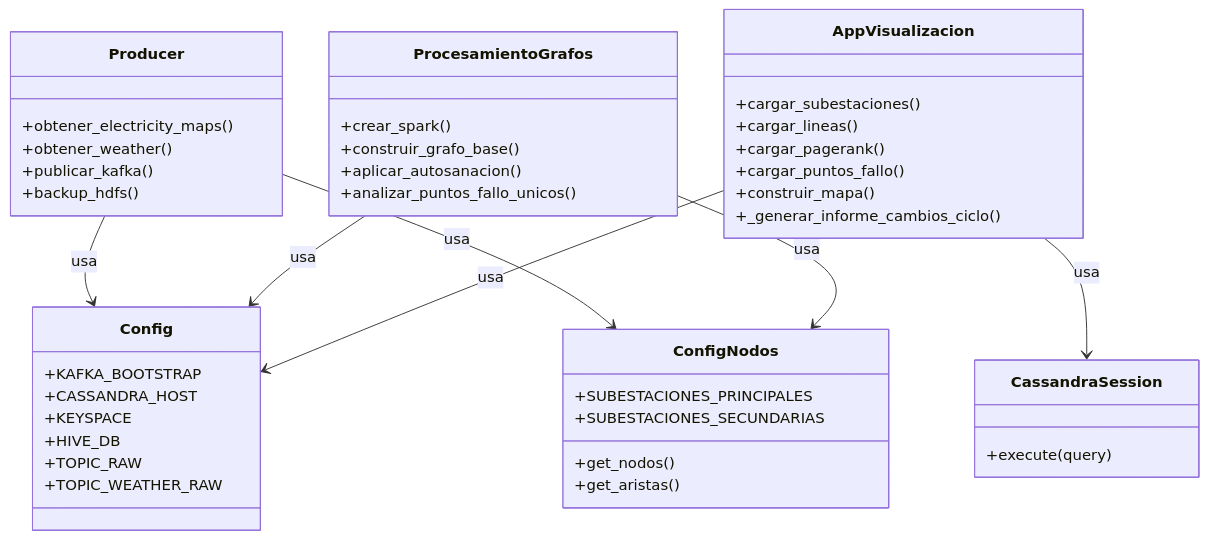
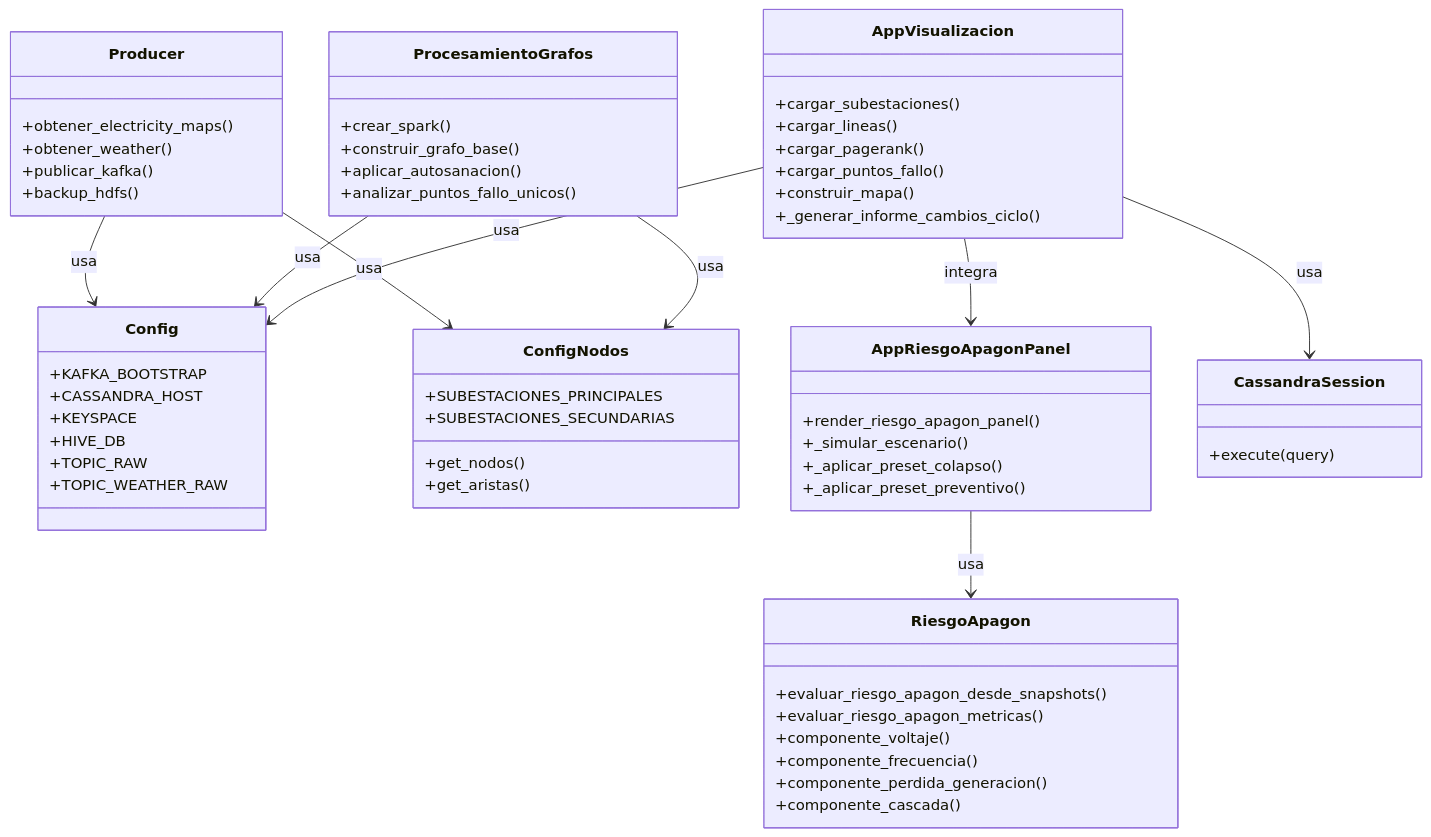
The fifth of 9 diagrams in docs/DIAGRAMAS_UML.md (gracobjo/smart_energy), drawn with Mermaid before and after one commit. The commit also changed other lines of this file, not shown here.

First line of the commit message:
docs: actualizar UML con flujo operativo de riesgo de apagón

````diff
--- a/docs/DIAGRAMAS_UML.md
+++ b/docs/DIAGRAMAS_UML.md
@@ -123,52 +158,70 @@
 ```mermaid
 classDiagram
     class Config {
         +KAFKA_BOOTSTRAP
         +CASSANDRA_HOST
         +KEYSPACE
         +HIVE_DB
         +TOPIC_RAW
         +TOPIC_WEATHER_RAW
     }
 
     class ConfigNodos {
         +get_nodos()
         +get_aristas()
         +SUBESTACIONES_PRINCIPALES
         +SUBESTACIONES_SECUNDARIAS
     }
 
     class Producer {
         +obtener_electricity_maps()
         +obtener_weather()
         +publicar_kafka()
         +backup_hdfs()
     }
 
     class ProcesamientoGrafos {
         +crear_spark()
         +construir_grafo_base()
         +aplicar_autosanacion()
         +analizar_puntos_fallo_unicos()
     }
 
     class AppVisualizacion {
         +cargar_subestaciones()
         +cargar_lineas()
         +cargar_pagerank()
         +cargar_puntos_fallo()
         +construir_mapa()
         +_generar_informe_cambios_ciclo()
     }
 
+    class AppRiesgoApagonPanel {
+        +render_riesgo_apagon_panel()
+        +_simular_escenario()
+        +_aplicar_preset_colapso()
+        +_aplicar_preset_preventivo()
+    }
+
+    class RiesgoApagon {
+        +evaluar_riesgo_apagon_desde_snapshots()
+        +evaluar_riesgo_apagon_metricas()
+        +componente_voltaje()
+        +componente_frecuencia()
+        +componente_perdida_generacion()
+        +componente_cascada()
+    }
+
     class CassandraSession {
         +execute(query)
     }
 
     Producer --> Config : usa
     Producer --> ConfigNodos : usa
     ProcesamientoGrafos --> Config : usa
     ProcesamientoGrafos --> ConfigNodos : usa
     AppVisualizacion --> Config : usa
     AppVisualizacion --> CassandraSession : usa
+    AppVisualizacion --> AppRiesgoApagonPanel : integra
+    AppRiesgoApagonPanel --> RiesgoApagon : usa
 ```
````
